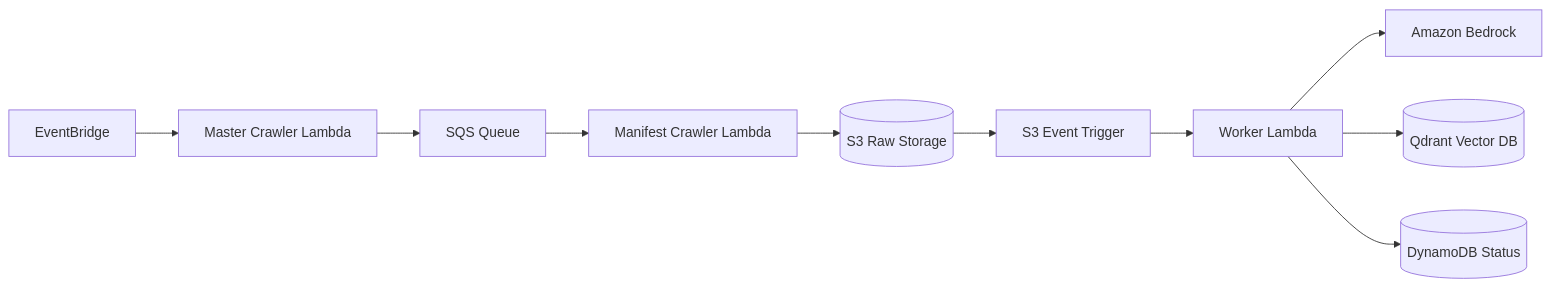
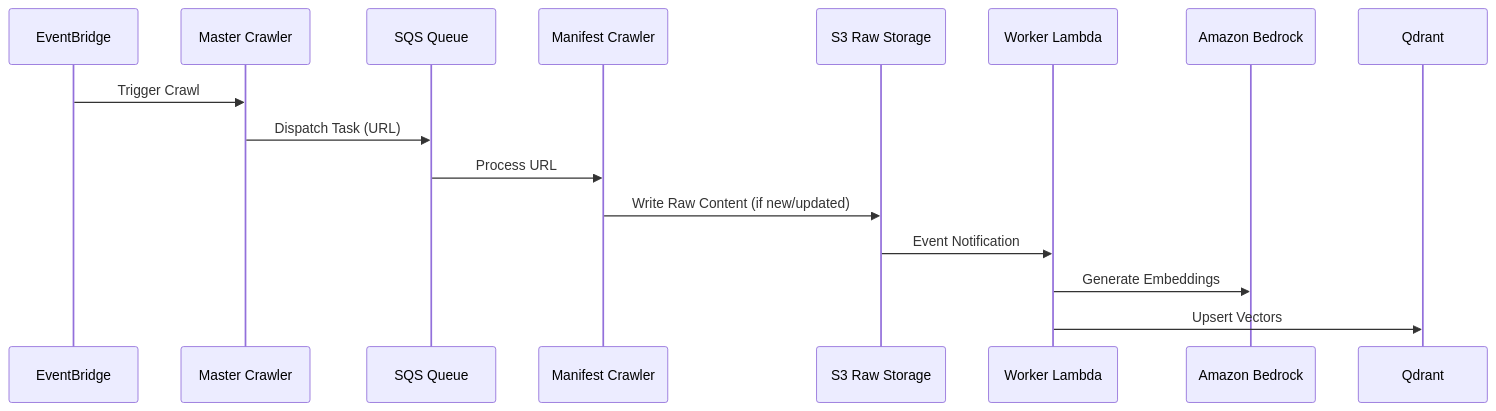
Before and after one commit to abhindeves/langchain_docs_rag: the diagram in openwiki/architecture/ingestion-pipeline.md, drawn with Mermaid. The commit also changed other lines of this file and 14 other files, not shown here.

````diff
--- a/openwiki/architecture/ingestion-pipeline.md
+++ b/openwiki/architecture/ingestion-pipeline.md
@@ -29,12 +29,19 @@
 ```mermaid
-flowchart LR
-    EB[EventBridge] --> MC[Master Crawler Lambda]
-    MC --> Q[SQS Queue]
-    Q --> ManC[Manifest Crawler Lambda]
-    ManC --> S3Raw[(S3 Raw Storage)]
-    S3Raw --> S3Trigger[S3 Event Trigger]
-    S3Trigger --> Chunk[Worker Lambda]
-    Chunk --> Bedrock[Amazon Bedrock]
-    Chunk --> Qdrant[(Qdrant Vector DB)]
-    Chunk --> DDB[(DynamoDB Status)]
+sequenceDiagram
+    participant EB as EventBridge
+    participant MC as Master Crawler
+    participant Q as SQS Queue
+    participant ManC as Manifest Crawler
+    participant S3 as S3 Raw Storage
+    participant Worker as Worker Lambda
+    participant Bedrock as Amazon Bedrock
+    participant Qdrant as Qdrant
+
+    EB->>MC: Trigger Crawl
+    MC->>Q: Dispatch Task (URL)
+    Q->>ManC: Process URL
+    ManC->>S3: Write Raw Content (if new/updated)
+    S3->>Worker: Event Notification
+    Worker->>Bedrock: Generate Embeddings
+    Worker->>Qdrant: Upsert Vectors
 ```
````
